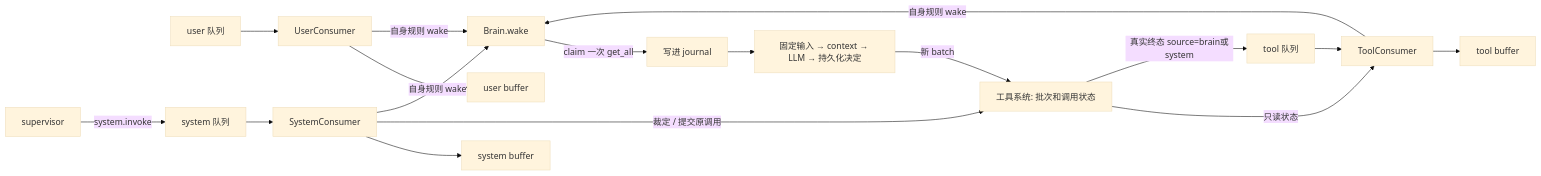
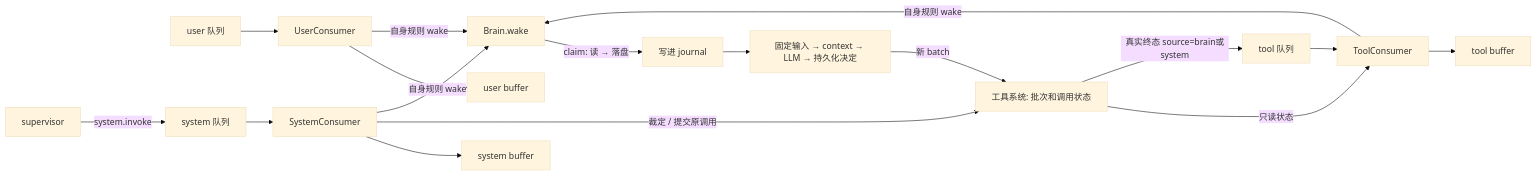
Before and after one commit to HymioSpace/Oath: the first of 2 diagrams in spec/feature-intake.md, drawn with Mermaid (base theme). The commit also changed other lines of this file and 18 other files, not shown here.

````diff
--- a/spec/feature-intake.md
+++ b/spec/feature-intake.md
@@ -14,16 +14,16 @@
 ```mermaid
 flowchart LR
     UQ[user 队列] --> UC[UserConsumer] --> UB[user buffer]
     TQ[tool 队列] --> TC[ToolConsumer] --> TB[tool buffer]
     SQ[system 队列] --> SC[SystemConsumer] --> SB[system buffer]
     TS[工具系统: 批次和调用状态] -->|只读状态| TC
     SC -->|裁定 / 提交原调用| TS
     TS -->|真实终态 source=brain或system| TQ
     S[supervisor] -->|system.invoke| SQ
     UC -->|自身规则 wake| B[Brain.wake]
     TC -->|自身规则 wake| B
     SC -->|自身规则 wake| B
-    B -->|claim 一次 get_all| D[写进 journal]
+    B -->|claim: 读 → 落盘| D[写进 journal]
     D --> Step[固定输入 → context → LLM → 持久化决定]
     Step -->|新 batch| TS
 ```
````
